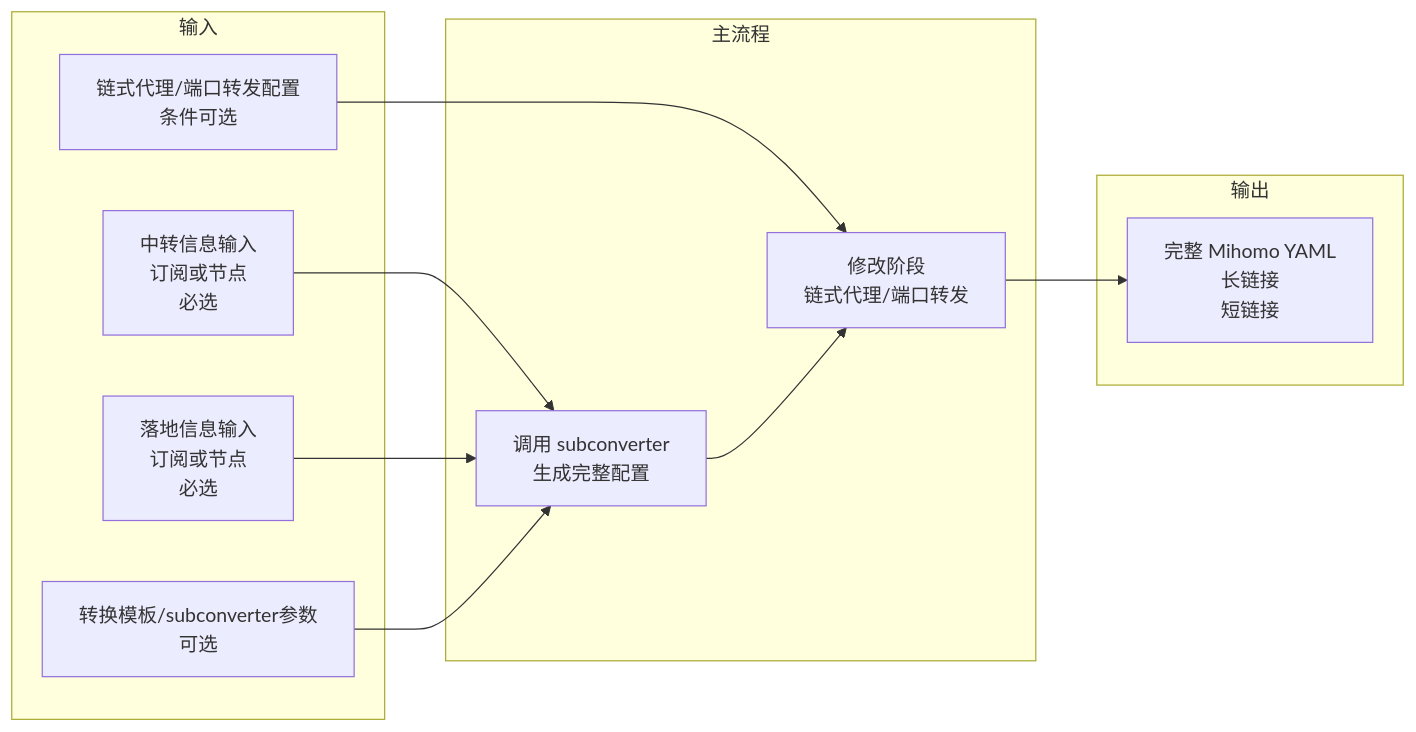
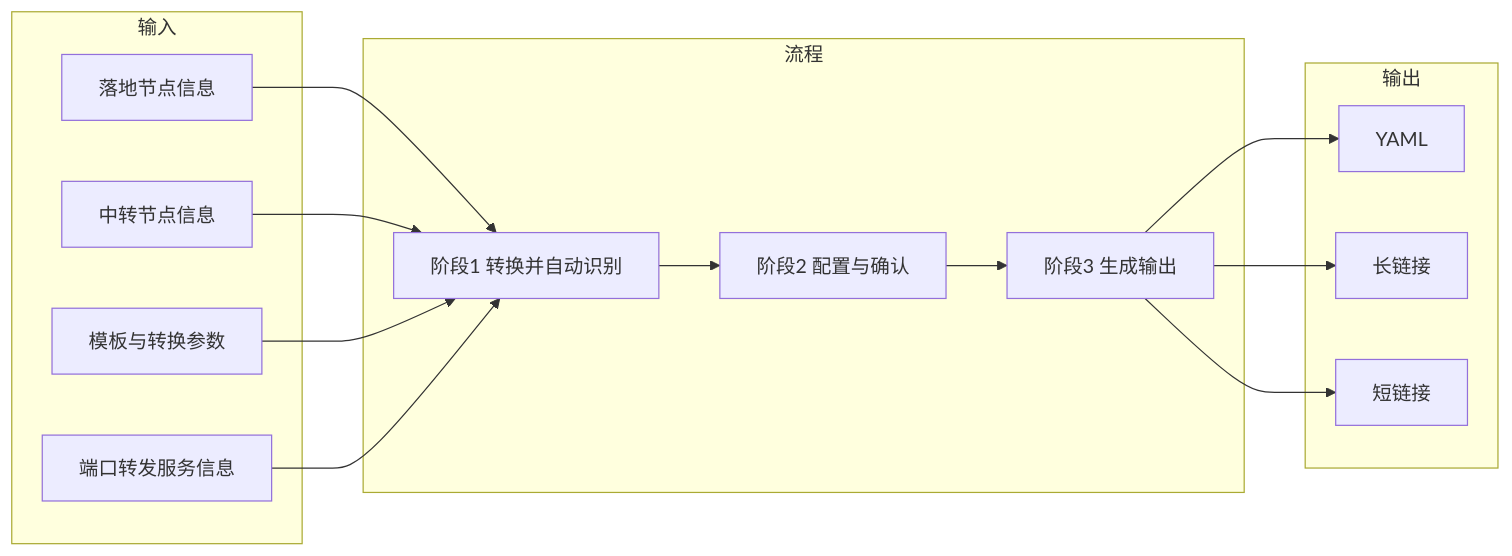
Before and after one commit to slackworker/chain-subconverter: the diagram in docs/spec/01-overview.md, drawn with Mermaid. The commit also changed other lines of this file and 4 other files, not shown here.

````diff
--- a/docs/spec/01-overview.md
+++ b/docs/spec/01-overview.md
@@ -23,25 +23,31 @@
 ```mermaid
 flowchart LR
   subgraph Input[输入]
-    T[中转信息输入<br/>订阅或节点<br/>必选]
-    L[落地信息输入<br/>订阅或节点<br/>必选]
-    C[转换模板/subconverter参数<br/>可选]
-    P[链式代理/端口转发配置<br/>条件可选]
+    L[落地节点信息]
+    T[中转节点信息]
+    O[模板与转换参数]
+    F[端口转发服务信息]
   end
 
-  subgraph Flow[主流程]
-    S[调用 subconverter<br/>生成完整配置]
-    M[修改阶段<br/>链式代理/端口转发]
+  subgraph Flow[流程]
+    C[阶段1 转换并自动识别]
+    S[阶段2 配置与确认]
+    G[阶段3 生成输出]
   end
 
   subgraph Output[输出]
-    O[完整 Mihomo YAML<br/>长链接<br/>短链接]
+    Y[YAML]
+    U[长链接]
+    SU[短链接]
   end
 
-  T --> S
-  L --> S
+  L --> C
+  T --> C
+  O --> C
+  F --> C
   C --> S
-  P --> M
-  S --> M
-  M --> O
+  S --> G
+  G --> Y
+  G --> U
+  G --> SU
 ```
````
